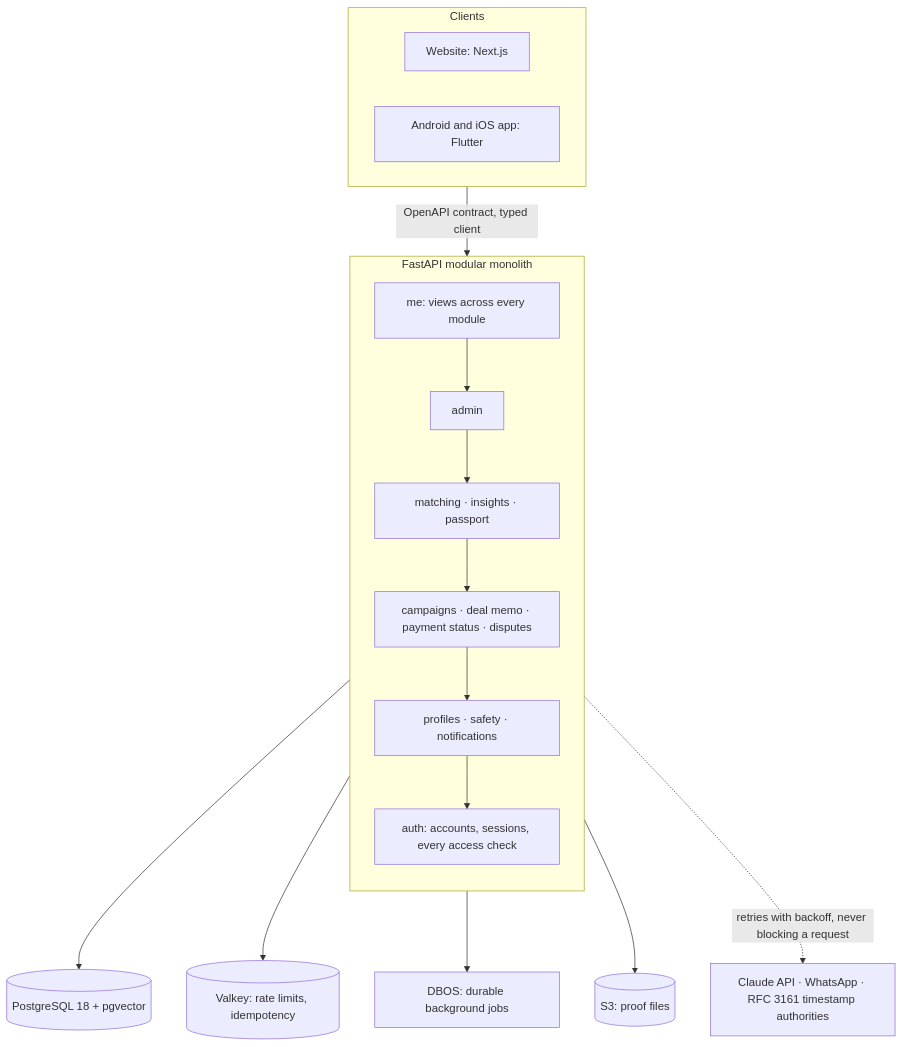
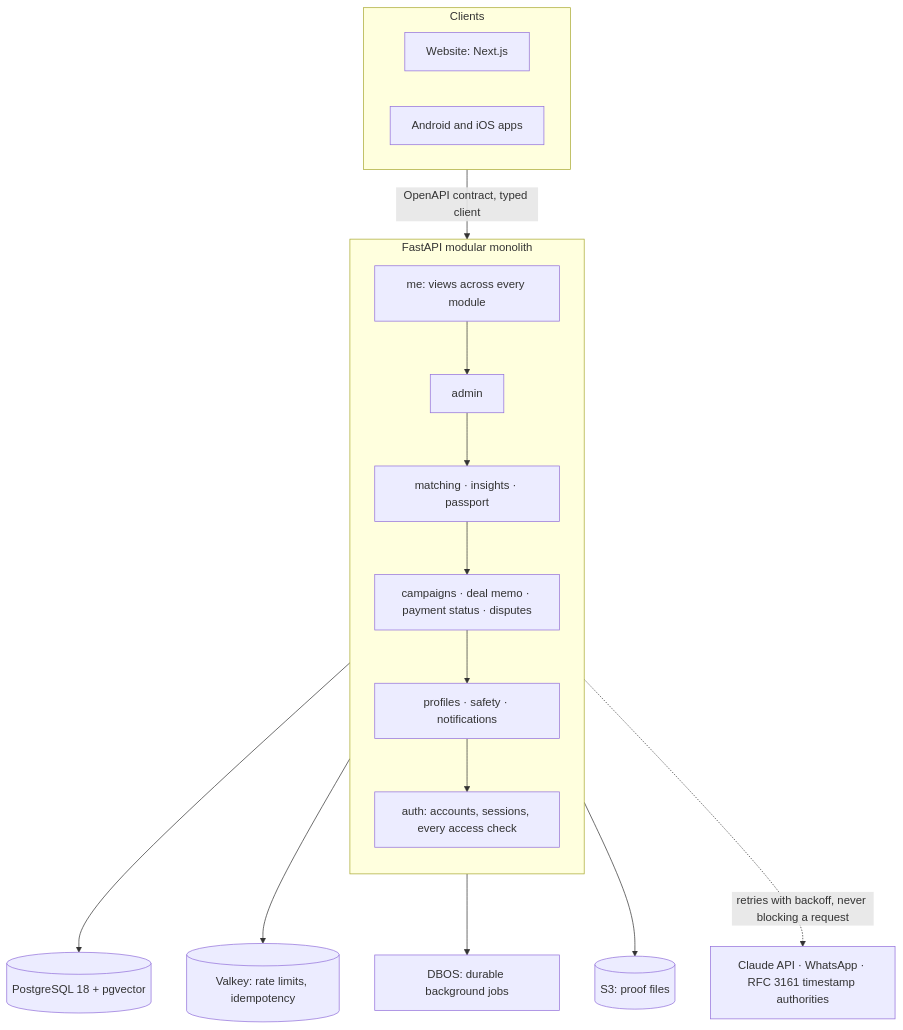
One commit to adhi2801/nicheconnect-tn changed the diagram in README.md. Above: the diagram before and after it, drawn with Mermaid. The commit also changed other lines of this file and 3 other files, not shown here.

````diff
--- a/README.md
+++ b/README.md
@@ -48,23 +48,23 @@
 ```mermaid
 flowchart TB
     subgraph clients [Clients]
         web[Website: Next.js]
-        mobile[Android and iOS app: Flutter]
+        mobile[Android and iOS apps]
     end
     subgraph api [FastAPI modular monolith]
         direction TB
         L1[me: views across every module]
         L2[admin]
         L3[matching · insights · passport]
         L4[campaigns · deal memo · payment status · disputes]
         L5[profiles · safety · notifications]
         L6[auth: accounts, sessions, every access check]
         L1 --> L2 --> L3 --> L4 --> L5 --> L6
     end
     clients -- "OpenAPI contract, typed client" --> api
     api --> pg[(PostgreSQL 18 + pgvector)]
     api --> valkey[(Valkey: rate limits, idempotency)]
     api --> dbos[DBOS: durable background jobs]
     api --> s3[(S3: proof files)]
     api -. "retries with backoff, never blocking a request" .-> ext[Claude API · WhatsApp · RFC 3161 timestamp authorities]
 ```
````
